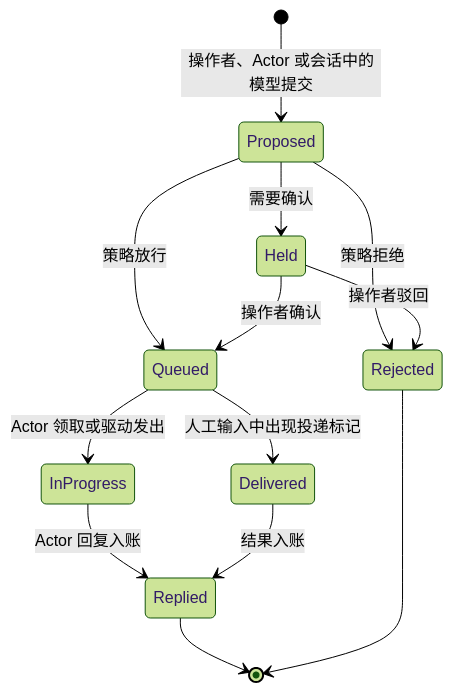
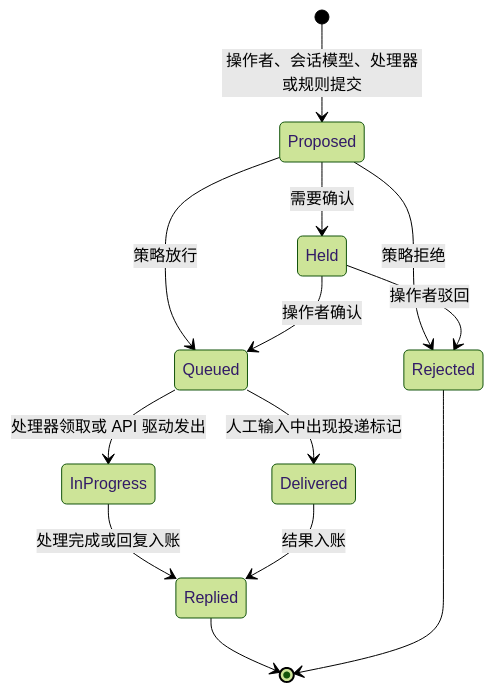
The first of 2 diagrams in IMPLEMENTATION.md (zhscn/consign), drawn with Mermaid (forest theme) before and after one commit. The commit also changed other lines of this file and 2 other files, not shown here.

First line of the commit message:
Converge architecture on minimal agent-IPC model

````diff
--- a/IMPLEMENTATION.md
+++ b/IMPLEMENTATION.md
@@ -121,15 +117,15 @@
 ```mermaid
 stateDiagram-v2
-  [*] --> Proposed: 操作者、Actor 或会话中的模型提交
+  [*] --> Proposed: 操作者、会话模型、处理器或规则提交
   Proposed --> Held: 需要确认
   Proposed --> Rejected: 策略拒绝
   Proposed --> Queued: 策略放行
   Held --> Rejected: 操作者驳回
   Held --> Queued: 操作者确认
-  Queued --> InProgress: Actor 领取或驱动发出
+  Queued --> InProgress: 处理器领取或 API 驱动发出
   Queued --> Delivered: 人工输入中出现投递标记
-  InProgress --> Replied: Actor 回复入账
+  InProgress --> Replied: 处理完成或回复入账
   Delivered --> Replied: 结果入账
   Replied --> [*]
   Rejected --> [*]
 ```
````
